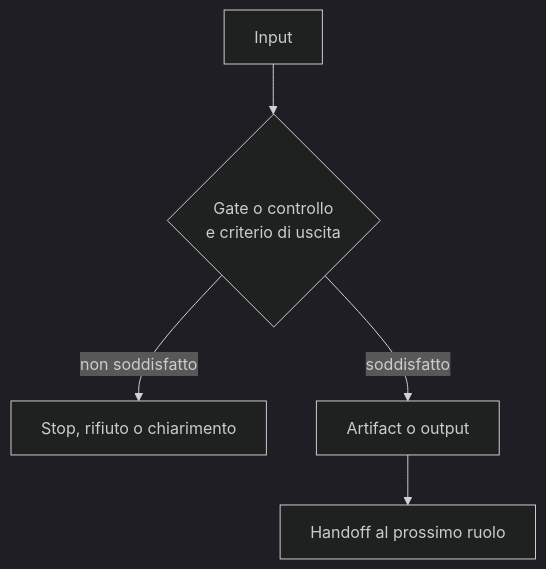
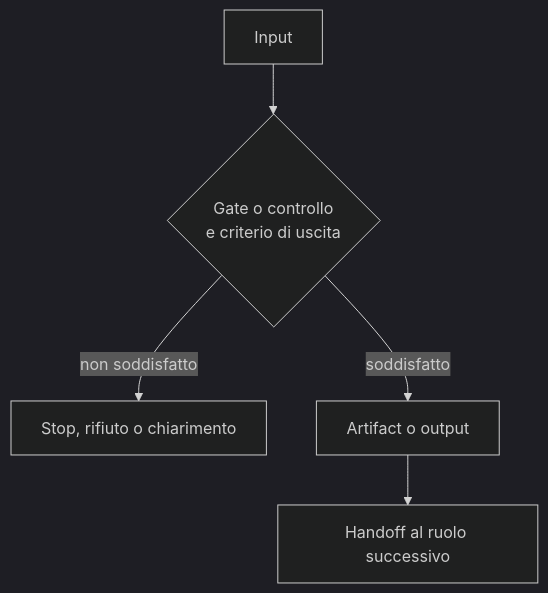
One commit to violabg/agentic-system-lessons changed the diagram in role-maps/README.md. Above: the diagram before and after it, drawn with Mermaid (dark theme). The commit also changed other lines of this file and 51 other files, not shown here.

````diff
--- a/role-maps/README.md
+++ b/role-maps/README.md
@@ -13,7 +44,7 @@
 ```mermaid
 flowchart TD
-	Input[Input] --> Check{Gate o controllo<br/>e criterio di uscita}
-	Check -->|non soddisfatto| Stop[Stop, rifiuto o chiarimento]
-	Check -->|soddisfatto| Artifact[Artifact o output]
-	Artifact --> Handoff[Handoff al prossimo ruolo]
+    Input[Input] --> Check{Gate o controllo<br/>e criterio di uscita}
+    Check -->|non soddisfatto| Stop[Stop, rifiuto o chiarimento]
+    Check -->|soddisfatto| Artifact[Artifact o output]
+    Artifact --> Handoff[Handoff al ruolo successivo]
 ```
````
